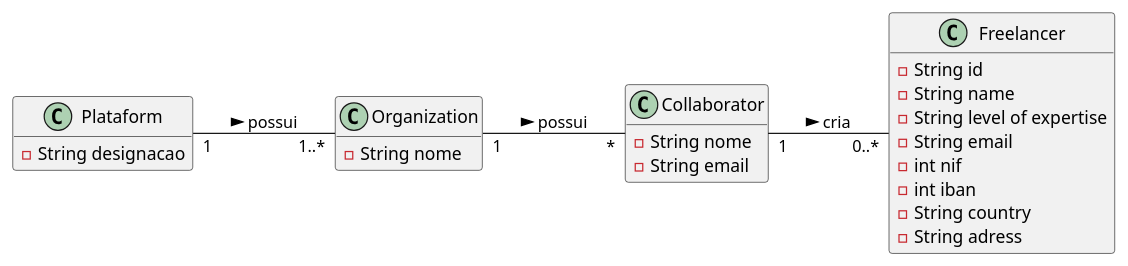
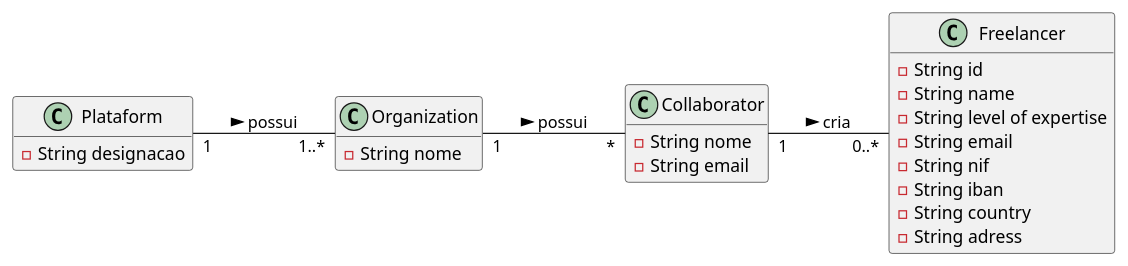
One commit to pedrolemos4/LAPR2 changed the diagram in docs/UC1 - Create Freelancer/UC1_MD.puml. Above: the diagram before and after it, drawn with PlantUML. The commit also changed 3 other files, not shown here.

```diff
--- a/docs/UC1 - Create Freelancer/UC1_MD.puml
+++ b/docs/UC1 - Create Freelancer/UC1_MD.puml
@@ -1,37 +1,37 @@
 @startuml
 hide methods
 left to right direction
 
 class Plataform {
   -String designacao
 }
 
 class Freelancer {
   -String id
   -String name
   -String level of expertise
   -String email
-  -int nif
-  -int iban
+  -String nif
+  -String iban
   -String country
   -String adress
 }  
 
 class Collaborator {
   -String nome
   -String email
 }
 
 class Organization {
   -String nome 
 }
 
 
 Plataform "1" -- "1..*" Organization : possui >
 
 Organization "1" -- "*" Collaborator : possui >
 
 Collaborator "1" -- "0..*" Freelancer : cria >
 
 
 @enduml
```
